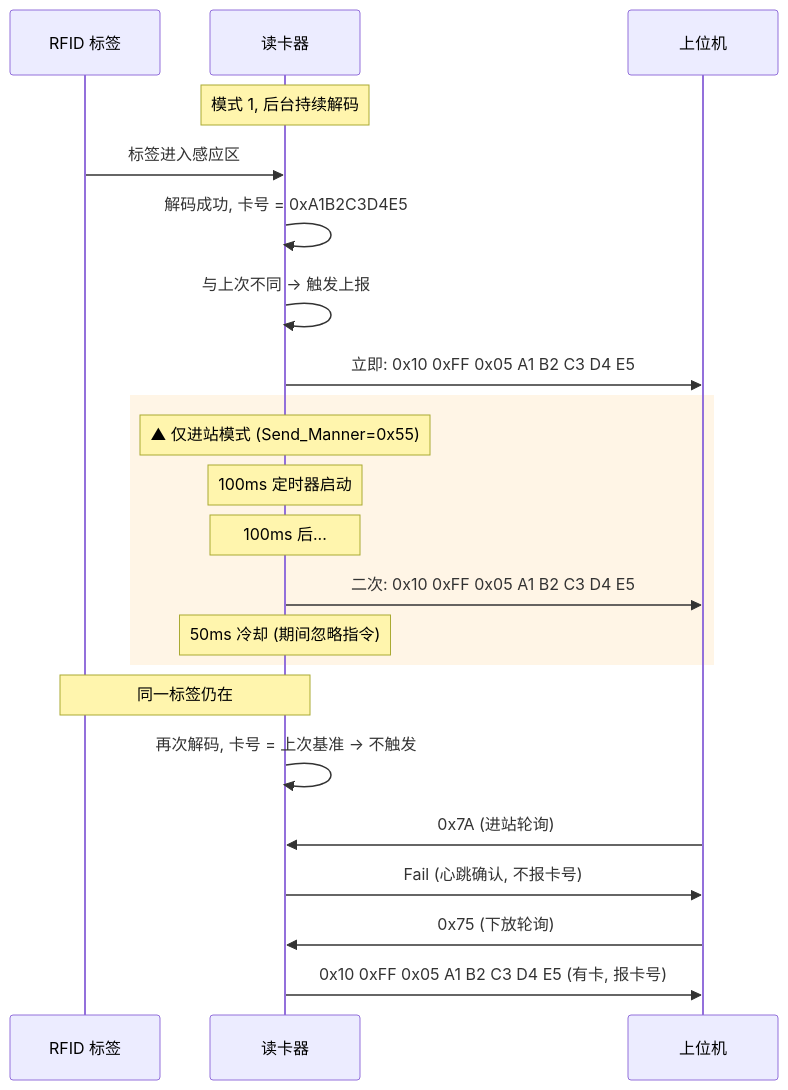
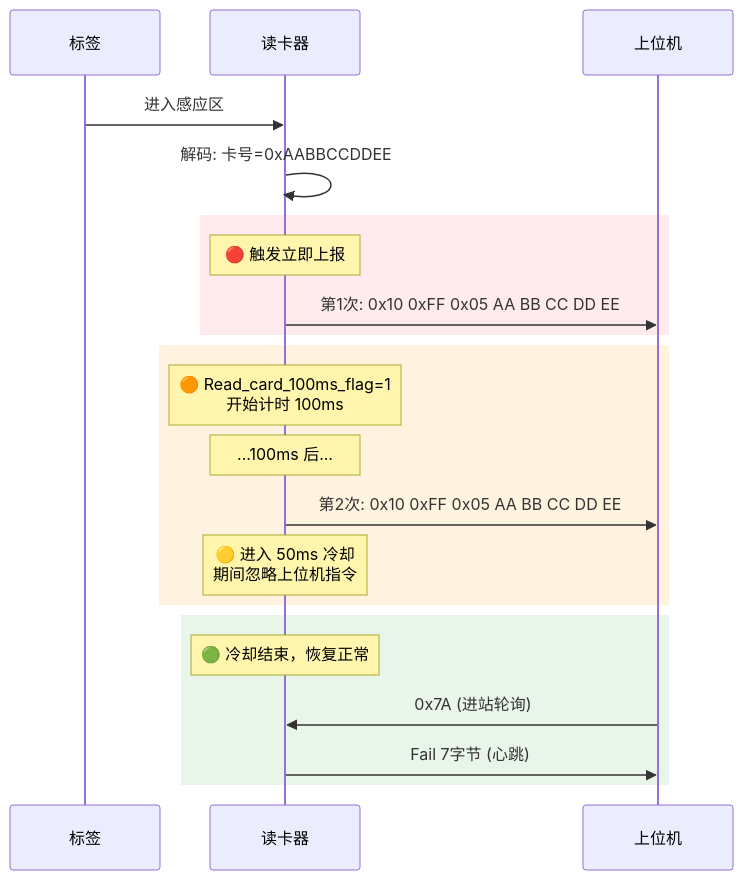
The fourth of 14 diagrams in 工作/SR3读卡器/260802SR3读卡器需求.md (Siaiai/ObsidianNote), drawn with Mermaid before and after one commit. The commit also changed other lines of this file, not shown here.

````diff
--- a/工作/SR3读卡器/260802SR3读卡器需求.md
+++ b/工作/SR3读卡器/260802SR3读卡器需求.md
@@ -496,30 +128,27 @@
 ```mermaid
 sequenceDiagram
-    participant Tag as RFID 标签
-    participant Reader as 读卡器
-    participant Host as 上位机
+    participant 标签
+    participant 读卡器
+    participant 上位机
 
-    Note over Reader: 模式 1, 后台持续解码
+    标签->>读卡器: 进入感应区
+    读卡器->>读卡器: 解码: 卡号=0xAABBCCDDEE
 
-    Tag->>Reader: 标签进入感应区
-    Reader->>Reader: 解码成功, 卡号 = 0xA1B2C3D4E5
-    Reader->>Reader: 与上次不同 → 触发上报
-    Reader->>Host: 立即: 0x10 0xFF 0x05 A1 B2 C3 D4 E5
-
-    rect rgb(255, 245, 230)
-        Note over Reader: ▲ 仅进站模式 (Send_Manner=0x55)
-        Note over Reader: 100ms 定时器启动
-        Note over Reader: 100ms 后...
-        Reader->>Host: 二次: 0x10 0xFF 0x05 A1 B2 C3 D4 E5
-        Note over Reader: 50ms 冷却 (期间忽略指令)
+    rect rgb(255, 235, 238)
+        Note over 读卡器: 🔴 触发立即上报
+        读卡器->>上位机: 第1次: 0x10 0xFF 0x05 AA BB CC DD EE
     end
 
-    Note over Tag,Reader: 同一标签仍在
-    Reader->>Reader: 再次解码, 卡号 = 上次基准 → 不触发
+    rect rgb(255, 243, 224)
+        Note over 读卡器: 🟠 Read_card_100ms_flag=1<br/>开始计时 100ms
+        Note over 读卡器: ...100ms 后...
+        读卡器->>上位机: 第2次: 0x10 0xFF 0x05 AA BB CC DD EE
+        Note over 读卡器: 🟡 进入 50ms 冷却<br/>期间忽略上位机指令
+    end
 
-    Host->>Reader: 0x7A (进站轮询)
-    Reader->>Host: Fail (心跳确认, 不报卡号)
-
-    Host->>Reader: 0x75 (下放轮询)
-    Reader->>Host: 0x10 0xFF 0x05 A1 B2 C3 D4 E5 (有卡, 报卡号)
+    rect rgb(232, 245, 233)
+        Note over 读卡器: 🟢 冷却结束，恢复正常
+        上位机->>读卡器: 0x7A (进站轮询)
+        读卡器->>上位机: Fail 7字节 (心跳)
+    end
 ```
````
